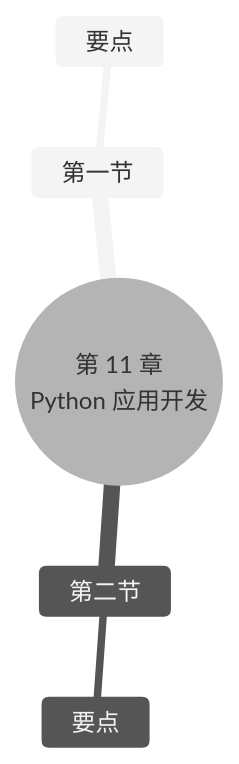
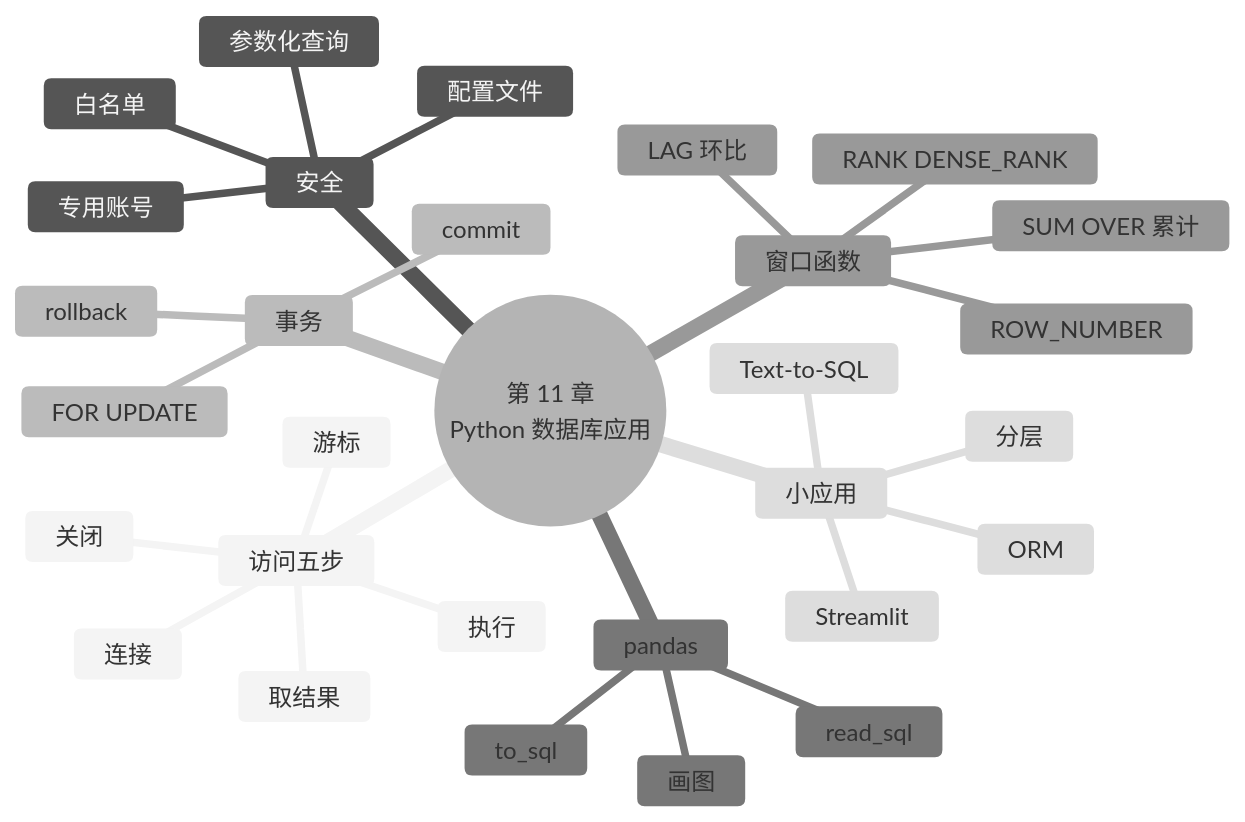
Before and after one commit to MingziFu9/database-textbook: the third of 3 diagrams in docs/chapters/11-python-app/index.md, drawn with Mermaid (neutral theme). The commit also changed other lines of this file and 15 other files, not shown here.

First line of the commit message:
第 11 章：用 Python 开发数据库应用，PyMySQL 事务下单、注入对比、窗口函数分析、Streamlit 助手 3 个实验已实测

````diff
--- a/docs/chapters/11-python-app/index.md
+++ b/docs/chapters/11-python-app/index.md
@@ -185,8 +763,33 @@
 ```mermaid
 mindmap
-  root((第 11 章<br/>Python 应用开发))
-    第一节
-      要点
-    第二节
-      要点
+  root((第 11 章<br/>Python 数据库应用))
+    访问五步
+      连接
+      游标
+      执行
+      取结果
+      关闭
+    安全
+      参数化查询
+      白名单
+      配置文件
+      专用账号
+    事务
+      commit
+      rollback
+      FOR UPDATE
+    pandas
+      read_sql
+      to_sql
+      画图
+    窗口函数
+      ROW_NUMBER
+      RANK DENSE_RANK
+      SUM OVER 累计
+      LAG 环比
+    小应用
+      分层
+      Streamlit
+      ORM
+      Text-to-SQL
 ```
````
